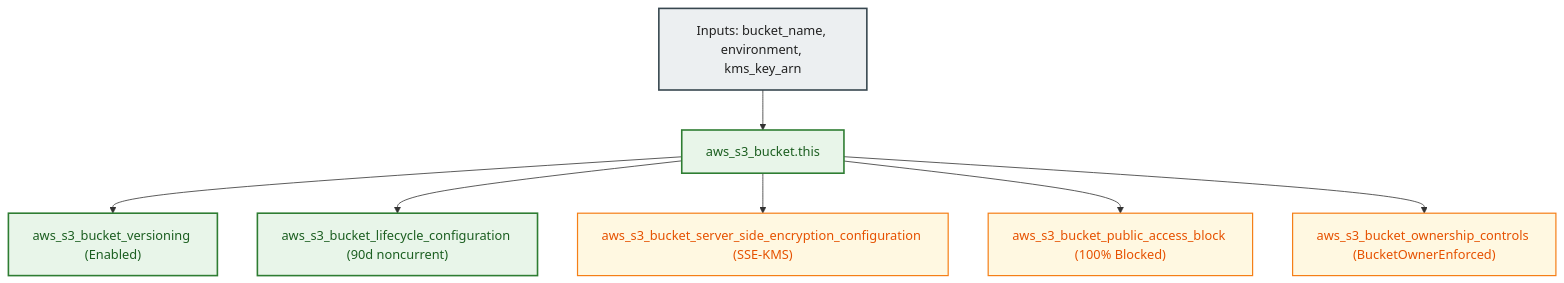
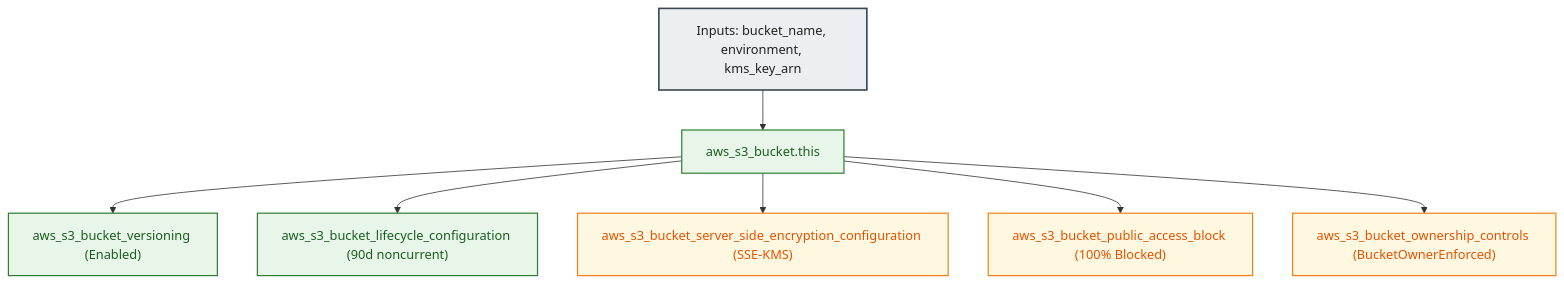
The diagram in modules/03.storage/001.env_backend_bucket/README.md (MikolajSedek/databricks_aws_deployment_02_identity_management), drawn with Mermaid before and after one commit. The commit also changed other lines of this file and 9 other files, not shown here.

````diff
--- a/modules/03.storage/001.env_backend_bucket/README.md
+++ b/modules/03.storage/001.env_backend_bucket/README.md
@@ -56,21 +56,21 @@
 ```mermaid
 graph TD
     classDef input fill:#ECEFF1,stroke:#37474F,stroke-width:2px,color:#212121;
-    classDef s3 fill:#E8F5E9,stroke:#2E7D32,stroke-width:2px,color:#1B5E20;
+    classDef s3 fill:#E8F5E9,stroke:#2E7D32,stroke-width:1.5px,color:#1B5E20;
     classDef sec fill:#FFF8E1,stroke:#F57F17,stroke-width:1.5px,color:#E65100;
 
     Inputs["Inputs: bucket_name, environment, kms_key_arn"]:::input
     S3Bucket["aws_s3_bucket.this"]:::s3
     Versioning["aws_s3_bucket_versioning (Enabled)"]:::s3
     Lifecycle["aws_s3_bucket_lifecycle_configuration (90d noncurrent)"]:::s3
     Encryption["aws_s3_bucket_server_side_encryption_configuration (SSE-KMS)"]:::sec
     PublicBlock["aws_s3_bucket_public_access_block (100% Blocked)"]:::sec
     Ownership["aws_s3_bucket_ownership_controls (BucketOwnerEnforced)"]:::sec
 
     Inputs --> S3Bucket
     S3Bucket --> Versioning
     S3Bucket --> Lifecycle
     S3Bucket --> Encryption
     S3Bucket --> PublicBlock
     S3Bucket --> Ownership
 ```
````
